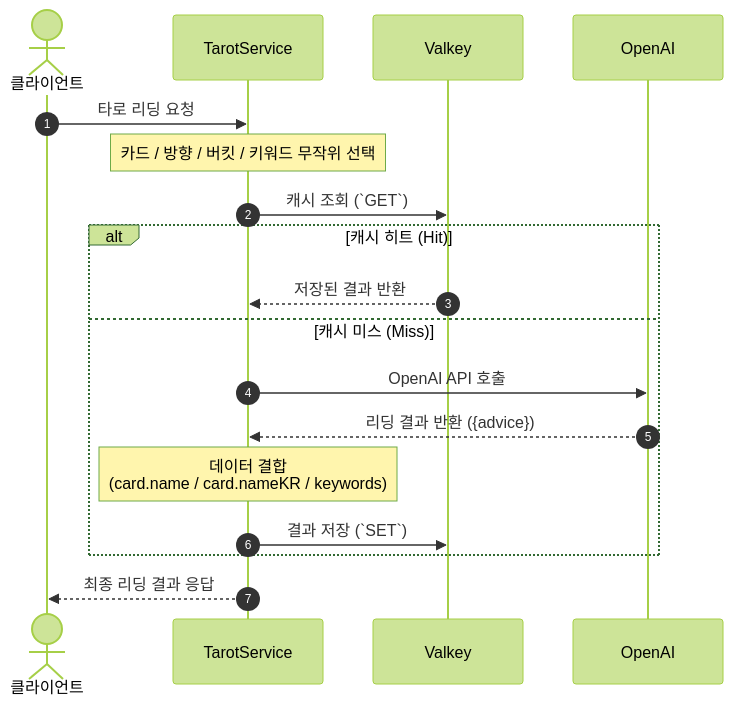
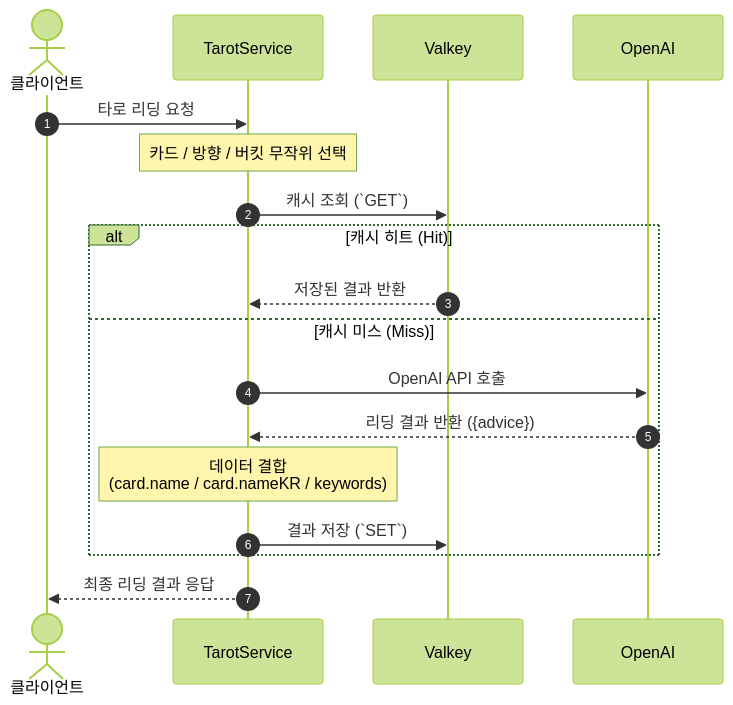
Before and after one commit to mandacode-labs/mandacode-devs: the second of 3 diagrams in src/content/blog/ko/tarot-deep-dive.md, drawn with Mermaid (forest theme). The commit also changed other lines of this file and 7 other files, not shown here.

````diff
--- a/src/content/blog/ko/tarot-deep-dive.md
+++ b/src/content/blog/ko/tarot-deep-dive.md
@@ -56,26 +60,26 @@
 ```mermaid
 sequenceDiagram
     autonumber
     
     actor Client as 클라이언트
     participant Service as TarotService
     participant Cache as Valkey
     participant AI as OpenAI
     
     Client->>Service: 타로 리딩 요청
-    Note over Service: 카드 / 방향 / 버킷 / 키워드 무작위 선택
+    Note over Service: 카드 / 방향 / 버킷 무작위 선택
     
     Service->>Cache: 캐시 조회 (`GET`)
     
     alt 캐시 히트 (Hit)
         Cache-->>Service: 저장된 결과 반환
     else 캐시 미스 (Miss)
         Service->>AI: OpenAI API 호출
         AI-->>Service: 리딩 결과 반환 ({advice})
         Note over Service: 데이터 결합<br/>(card.name / card.nameKR / keywords)
         Service->>Cache: 결과 저장 (`SET`)
     end
     
     Service-->>Client: 최종 리딩 결과 응답
 
 ```
````
